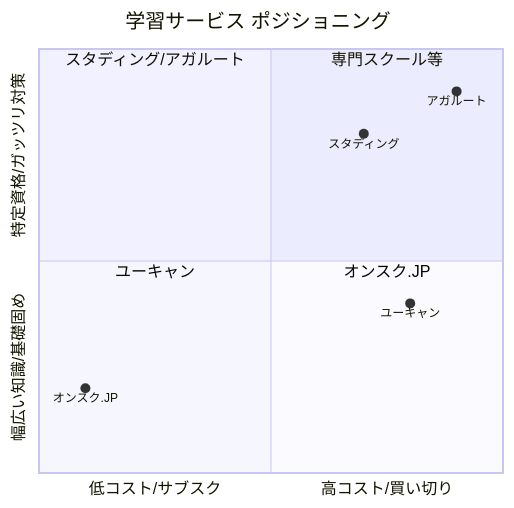
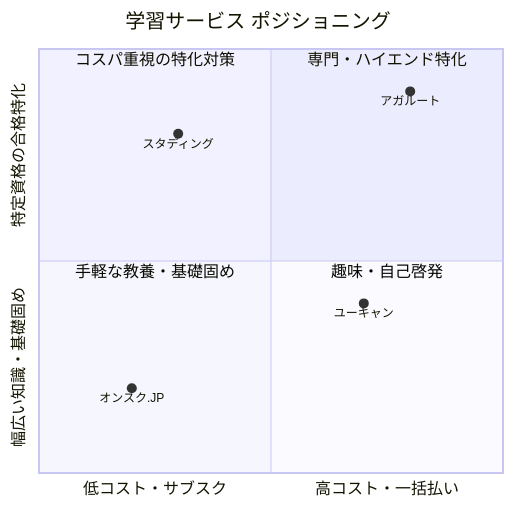
Before and after one commit to zhishuhouteng479-maker/career-navigation: the second of 2 diagrams in docs/articles/onsk-review.md, drawn with Mermaid.

Commit message:
Fix illogical Mermaid quadrant chart

````diff
--- a/docs/articles/onsk-review.md
+++ b/docs/articles/onsk-review.md
@@ -40,14 +40,14 @@
 ```mermaid
 quadrantChart
     title 学習サービス ポジショニング
-    x-axis 低コスト/サブスク --> 高コスト/買い切り
-    y-axis 幅広い知識/基礎固め --> 特定資格/ガッツリ対策
-    quadrant-1 専門スクール等
-    quadrant-2 スタディング/アガルート
-    quadrant-3 ユーキャン
-    quadrant-4 オンスク.JP
-    "オンスク.JP": [0.1, 0.2]
-    "スタディング": [0.7, 0.8]
-    "ユーキャン": [0.8, 0.4]
-    "アガルート": [0.9, 0.9]
+    x-axis 低コスト・サブスク --> 高コスト・一括払い
+    y-axis 幅広い知識・基礎固め --> 特定資格の合格特化
+    quadrant-1 専門・ハイエンド特化
+    quadrant-2 コスパ重視の特化対策
+    quadrant-3 手軽な教養・基礎固め
+    quadrant-4 趣味・自己啓発
+    "オンスク.JP": [0.2, 0.2]
+    "スタディング": [0.3, 0.8]
+    "ユーキャン": [0.7, 0.4]
+    "アガルート": [0.8, 0.9]
 ```
````
